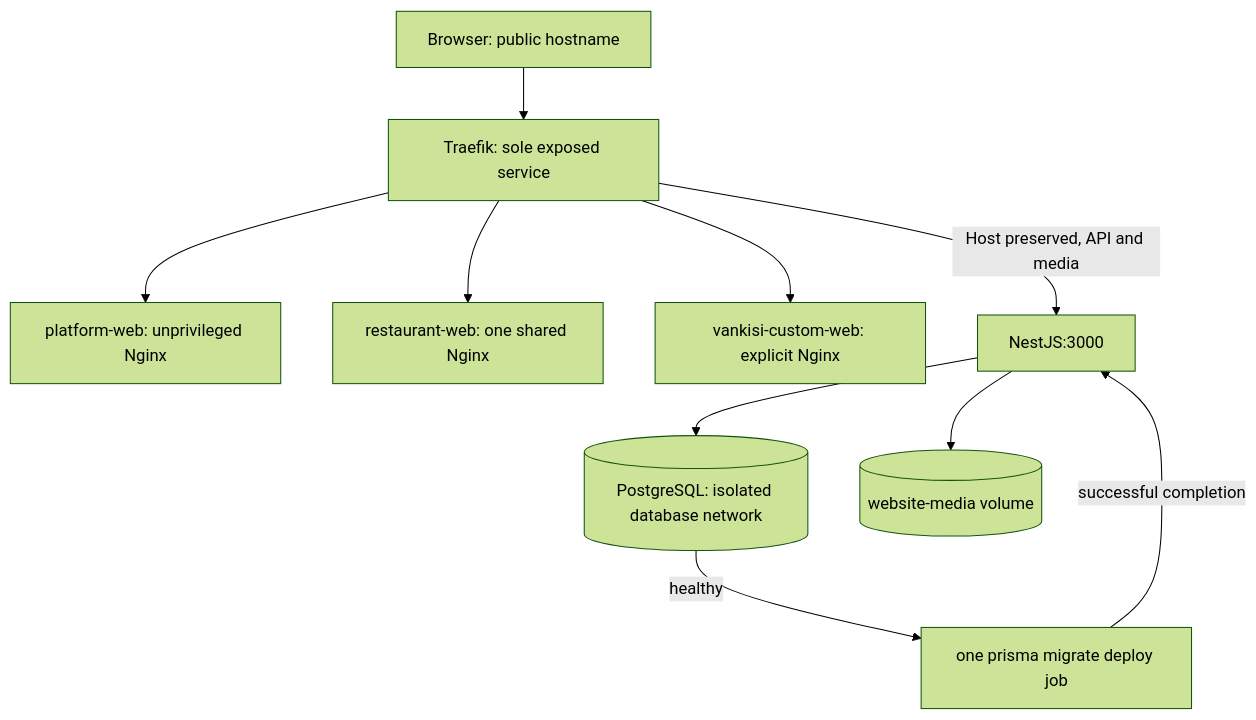
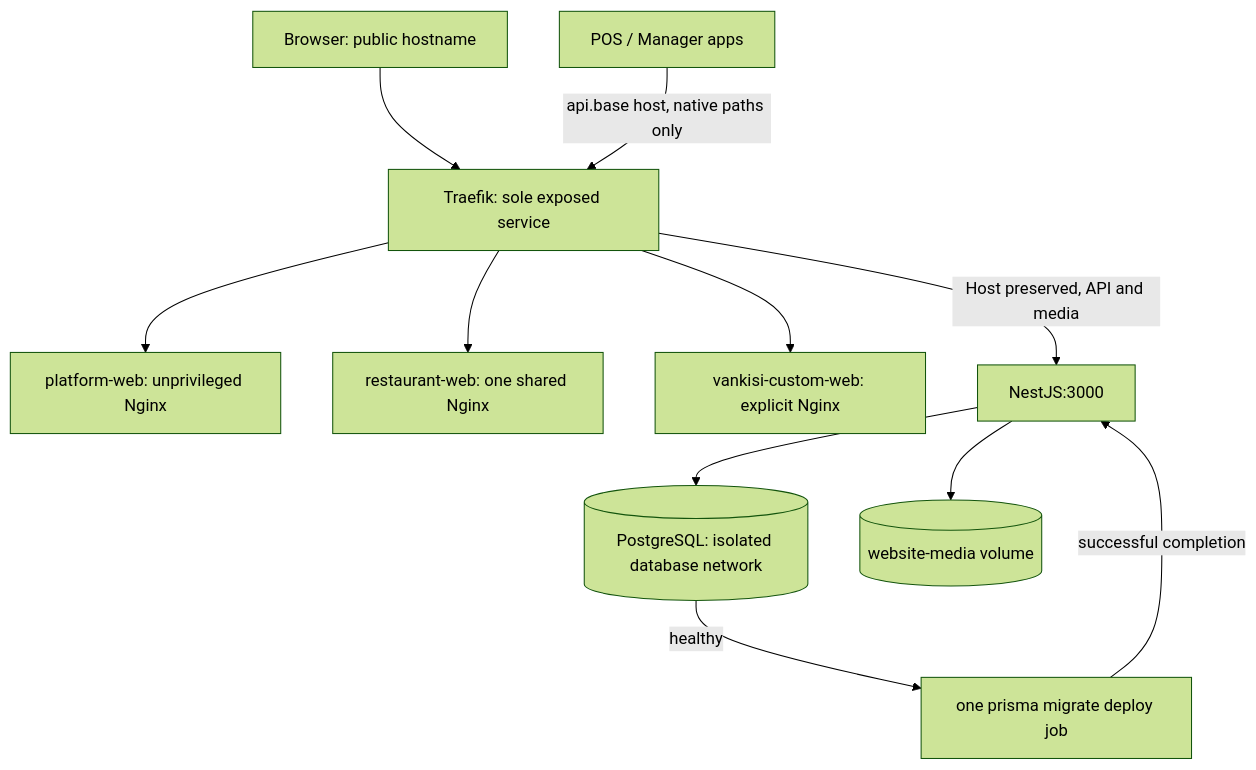
Before and after one commit to vaanskii/vynic: the diagram in docs/DEPLOYMENT.md, drawn with Mermaid (forest theme). The commit also changed other lines of this file and 2438 other files, not shown here.

````diff
--- a/docs/DEPLOYMENT.md
+++ b/docs/DEPLOYMENT.md
@@ -68,12 +69,13 @@
 ```mermaid
 flowchart TD
   Browser[Browser: public hostname] --> Proxy[Traefik: sole exposed service]
   Proxy --> Platform[platform-web: unprivileged Nginx]
   Proxy --> SaaS[restaurant-web: one shared Nginx]
   Proxy --> Custom[vankisi-custom-web: explicit Nginx]
   Proxy -->|Host preserved, API and media| Backend[NestJS:3000]
+  Native[POS / Manager apps] -->|api.base host, native paths only| Proxy
   Backend --> DB[(PostgreSQL: isolated database network)]
   Backend --> Media[(website-media volume)]
   DB -->|healthy| Migrate[one prisma migrate deploy job]
   Migrate -->|successful completion| Backend
 ```
````
